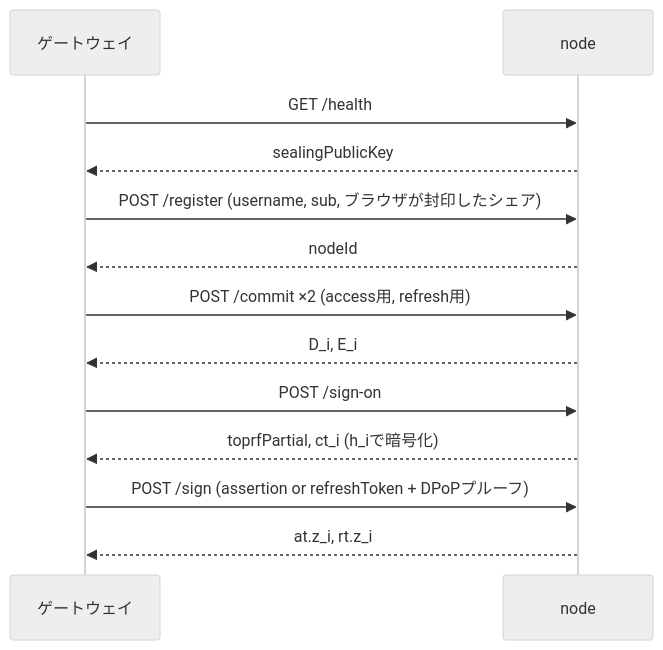
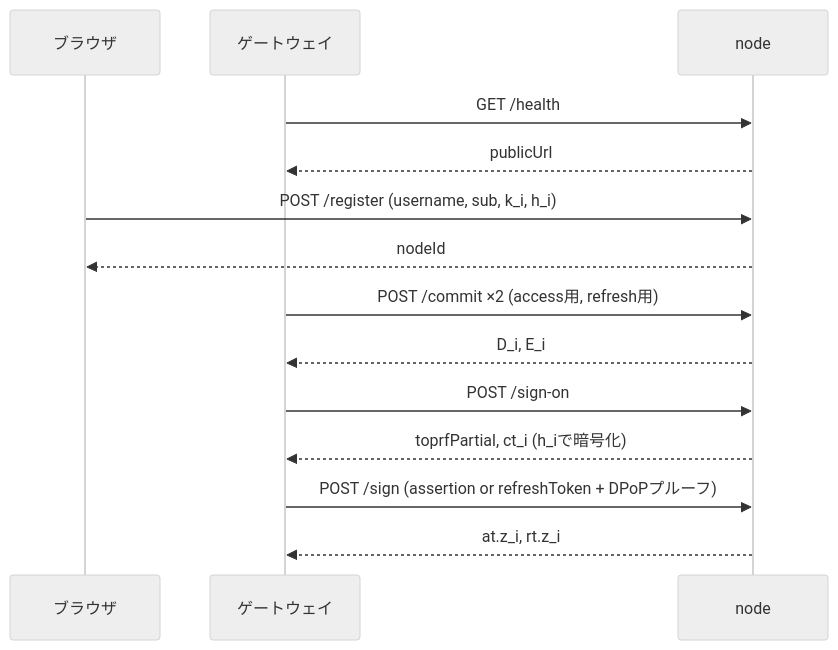
Before and after one commit to oskn259/decentralized_idp: the diagram in projects/node/README.md, drawn with Mermaid (neutral theme). The commit also changed other lines of this file and 28 other files, not shown here.

First line of the commit message:
Node takes /register from the browser; gateway only names the nodes

````diff
--- a/projects/node/README.md
+++ b/projects/node/README.md
@@ -99,15 +107,16 @@
 ```mermaid
 sequenceDiagram
+    participant B as ブラウザ
     participant GW as ゲートウェイ
     participant N as node
     GW->>N: GET /health
-    N-->>GW: sealingPublicKey
-    GW->>N: POST /register (username, sub, ブラウザが封印したシェア)
-    N-->>GW: nodeId
+    N-->>GW: publicUrl
+    B->>N: POST /register (username, sub, k_i, h_i)
+    N-->>B: nodeId
     GW->>N: POST /commit ×2 (access用, refresh用)
     N-->>GW: D_i, E_i
     GW->>N: POST /sign-on
     N-->>GW: toprfPartial, ct_i (h_iで暗号化)
     GW->>N: POST /sign (assertion or refreshToken + DPoPプルーフ)
     N-->>GW: at.z_i, rt.z_i
 ```
````
